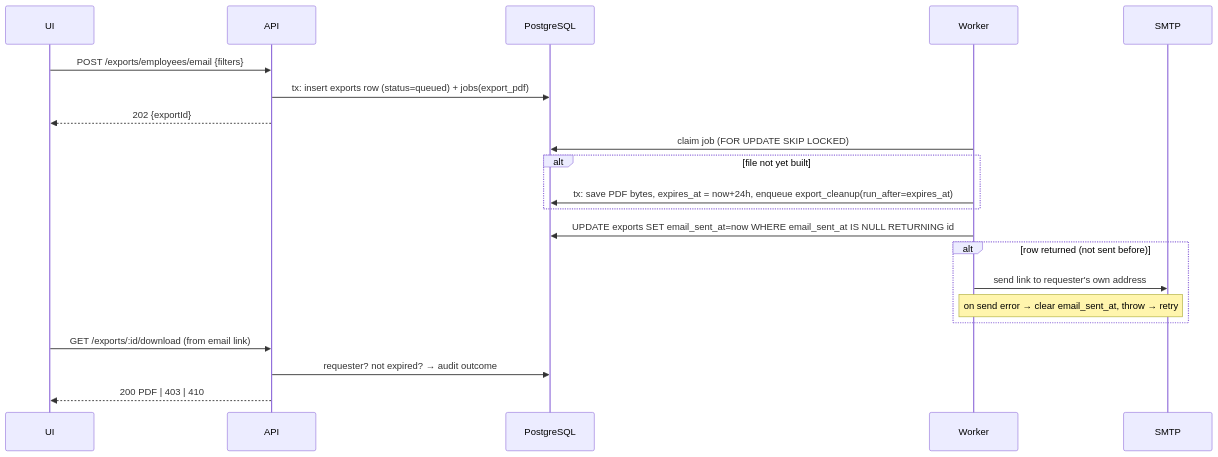
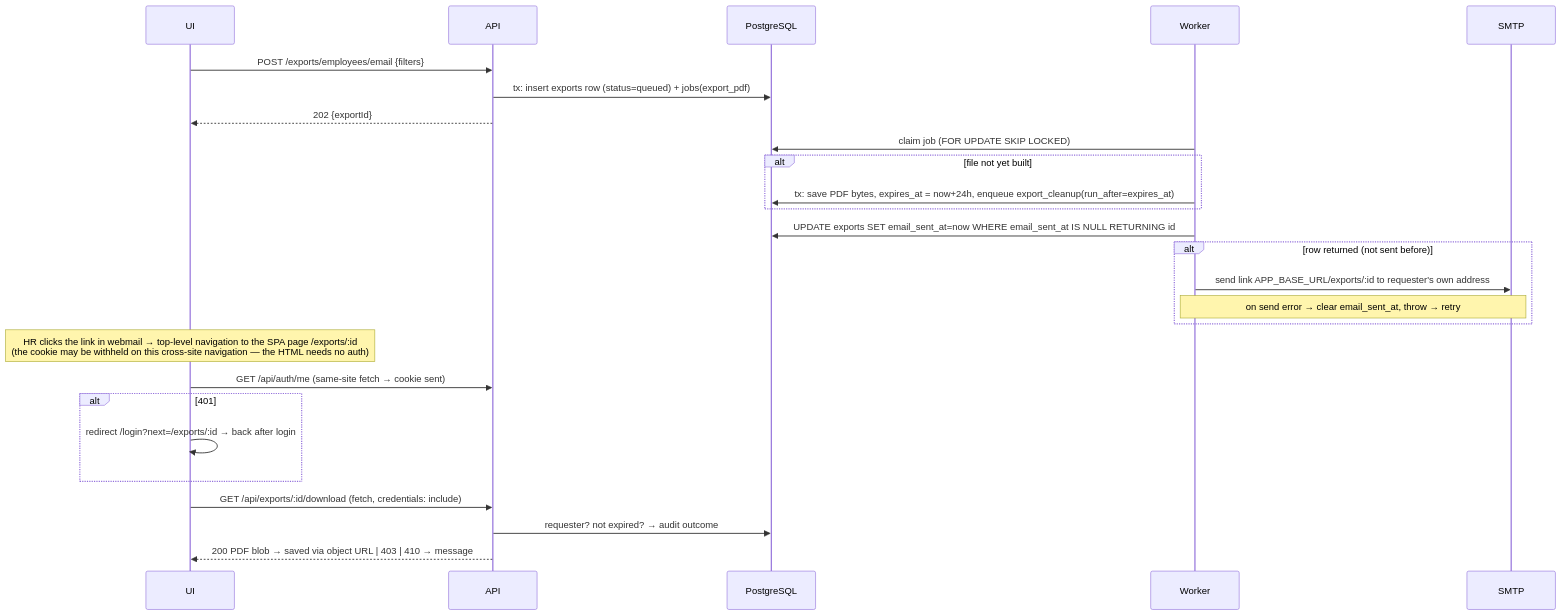
Before and after one commit to Shailesh-Kala/salary-management: the third of 4 diagrams in docs/ARCHITECTURE.md, drawn with Mermaid. The commit also changed other lines of this file, not shown here.

Commit message:
docs: update architecture for email link page, preview expiry, relocation and rate history

````diff
--- a/docs/ARCHITECTURE.md
+++ b/docs/ARCHITECTURE.md
@@ -77,23 +84,28 @@
 ```mermaid
 sequenceDiagram
   participant UI
   participant API
   participant DB as PostgreSQL
   participant W as Worker
   participant M as SMTP
   UI->>API: POST /exports/employees/email {filters}
   API->>DB: tx: insert exports row (status=queued) + jobs(export_pdf)
   API-->>UI: 202 {exportId}
   W->>DB: claim job (FOR UPDATE SKIP LOCKED)
   alt file not yet built
     W->>DB: tx: save PDF bytes, expires_at = now+24h, enqueue export_cleanup(run_after=expires_at)
   end
   W->>DB: UPDATE exports SET email_sent_at=now WHERE email_sent_at IS NULL RETURNING id
   alt row returned (not sent before)
-    W->>M: send link to requester's own address
+    W->>M: send link APP_BASE_URL/exports/:id to requester's own address
     Note over W,M: on send error → clear email_sent_at, throw → retry
   end
-  UI->>API: GET /exports/:id/download (from email link)
+  Note over UI: HR clicks the link in webmail → top-level navigation to the SPA page /exports/:id<br/>(the cookie may be withheld on this cross-site navigation — the HTML needs no auth)
+  UI->>API: GET /api/auth/me (same-site fetch → cookie sent)
+  alt 401
+    UI->>UI: redirect /login?next=/exports/:id → back after login
+  end
+  UI->>API: GET /api/exports/:id/download (fetch, credentials: include)
   API->>DB: requester? not expired? → audit outcome
-  API-->>UI: 200 PDF | 403 | 410
+  API-->>UI: 200 PDF blob → saved via object URL | 403 | 410 → message
 ```
````
